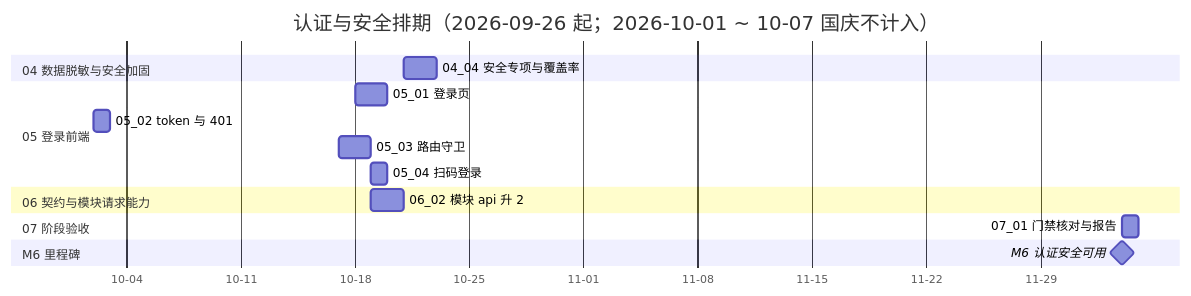
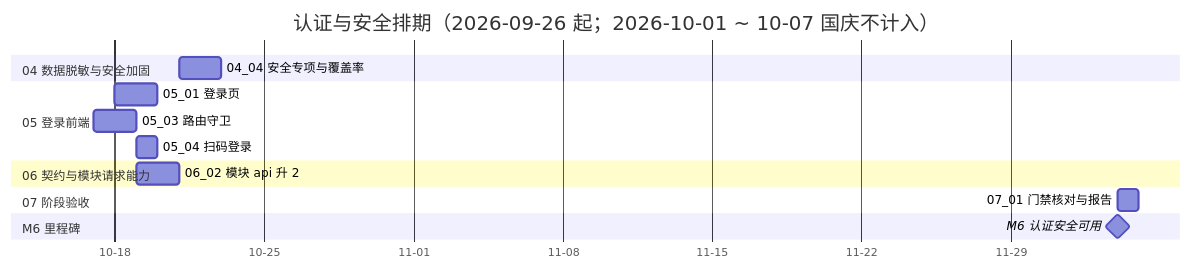
One commit to minjian123/basic-management-system changed the diagram in bms文档/项目/06_认证与安全/计划/01_计划_认证与安全.md. Above: the diagram before and after it, drawn with Mermaid. The commit also changed other lines of this file and 3 other files, not shown here.

````diff
--- a/bms文档/项目/06_认证与安全/计划/01_计划_认证与安全.md
+++ b/bms文档/项目/06_认证与安全/计划/01_计划_认证与安全.md
@@ -79,19 +80,18 @@
 ```mermaid
 gantt
     title 认证与安全排期（2026-09-26 起；2026-10-01 ~ 10-07 国庆不计入）
     dateFormat  YYYY-MM-DD
     axisFormat %m-%d
     section 04 数据脱敏与安全加固
     04_04 安全专项与覆盖率 :d4, 2026-10-21, 2d
     section 05 登录前端
     05_01 登录页 :e1, 2026-10-18, 2d
-    05_02 token 与 401 :e2, 2026-10-02, 1d
     05_03 路由守卫 :e3, 2026-10-17, 2d
     05_04 扫码登录 :e4, 2026-10-19, 1d
     section 06 契约与模块请求能力
     06_02 模块 api 升 2 :f2, 2026-10-19, 2d
     section 07 阶段验收
     07_01 门禁核对与报告 :g1, 2026-12-04, 1d
     section M6 里程碑
     M6 认证安全可用 :milestone, mm6, 2026-12-04, 0d
 ```
````
